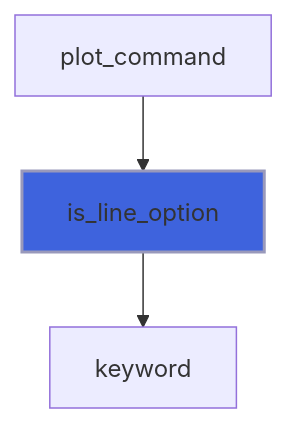
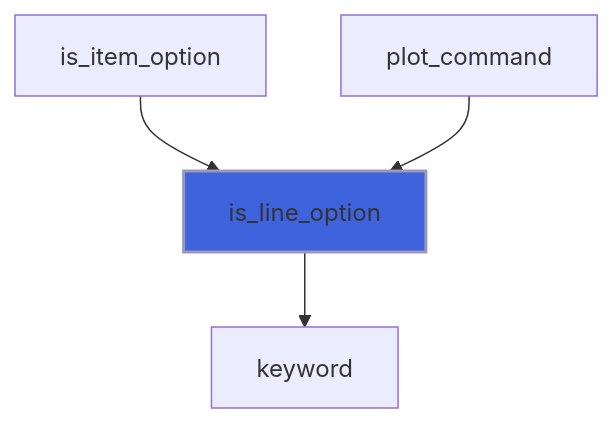
Diagram 30 of 35 in docs/api/src/lib/foresight_script.md (szaghi/foresight), drawn with Mermaid before and after one commit. The commit also changed other lines of this file and 97 other files, not shown here.

````diff
--- a/docs/api/src/lib/foresight_script.md
+++ b/docs/api/src/lib/foresight_script.md
@@ -889,6 +1048,7 @@
 ```mermaid
 flowchart TD
+  is_item_option["is_item_option"] --> is_line_option["is_line_option"]
   plot_command["plot_command"] --> is_line_option["is_line_option"]
   is_line_option["is_line_option"] --> keyword["keyword"]
   style is_line_option fill:#3e63dd,stroke:#99b,stroke-width:2px
 ```
````
